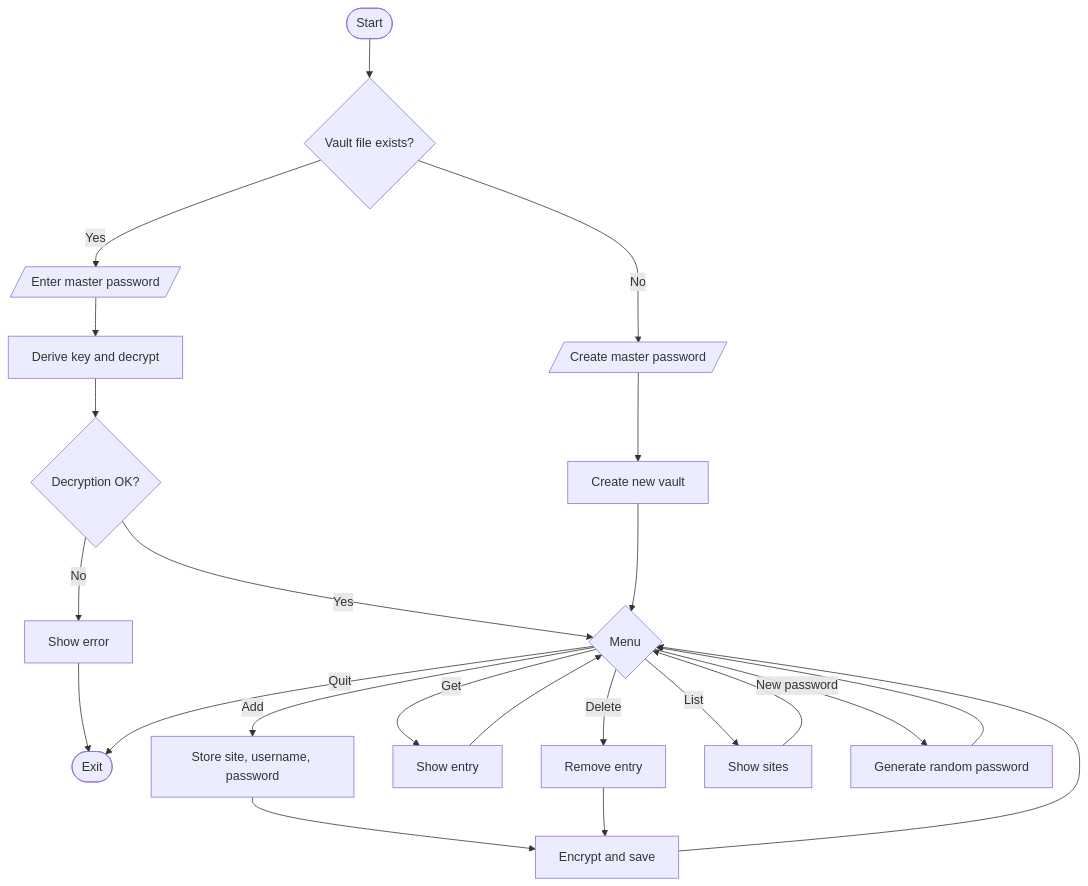
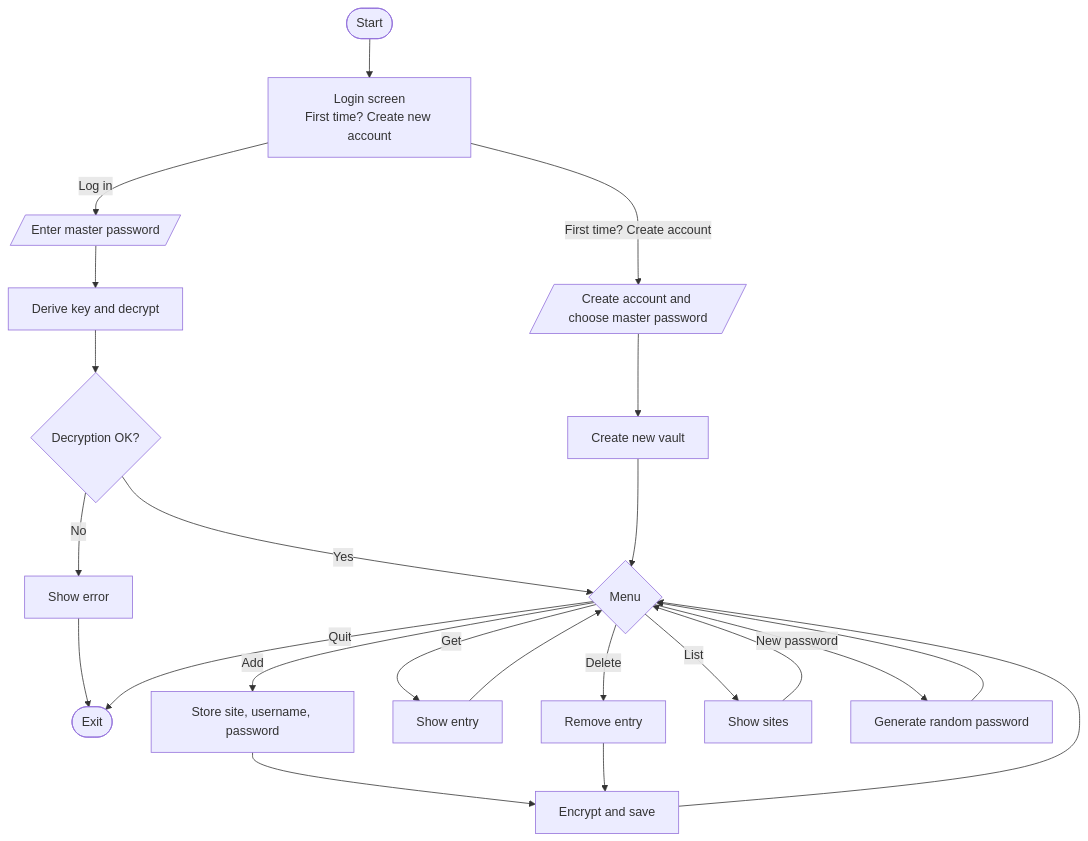
Before and after one commit to PolaricksX/McSecurity: the diagram in docs/flowchart.md, drawn with Mermaid.

Commit message:
Update flowchart with login and account creation

````diff
--- a/docs/flowchart.md
+++ b/docs/flowchart.md
@@ -3,17 +3,17 @@
 ```mermaid
 flowchart TD
-    A([Start]) --> B{Vault file exists?}
-    B -- No --> C[/Create master password/] --> D[Create new vault]
-    B -- Yes --> E[/Enter master password/] --> F[Derive key and decrypt]
-    F --> G{Decryption OK?}
+    A([Start]) --> B[Login screen<br/>First time? Create new account]
+    B -- Log in --> C[/Enter master password/] --> D[Derive key and decrypt]
+    B -- First time? Create account --> E[/Create account and choose master password/] --> F[Create new vault]
+    D --> G{Decryption OK?}
     G -- No --> I[Show error] --> Z([Exit])
     G -- Yes --> H{Menu}
-    D --> H
+    F --> H
     H -- Add --> J[Store site, username, password] --> K[Encrypt and save]
     H -- Get --> L[Show entry] --> H
     H -- Delete --> M[Remove entry] --> K
     H -- List --> N[Show sites] --> H
     H -- New password --> O[Generate random password] --> H
     K --> H
     H -- Quit --> Z
 ```
````
